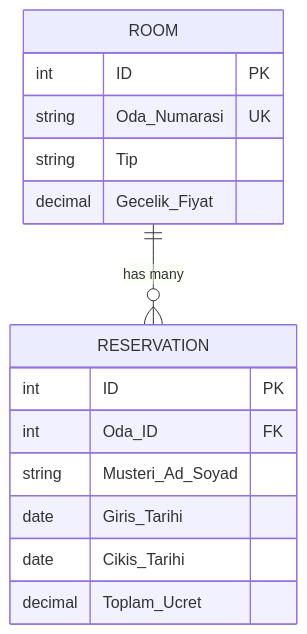
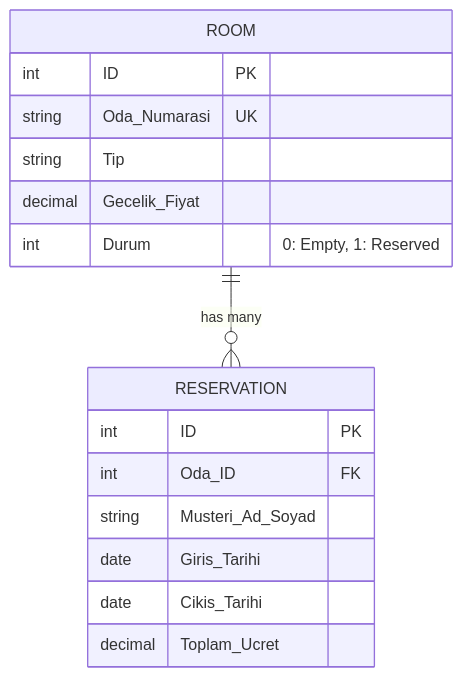
One commit to Fatih-Atess/Hotel_Management_System changed the second of 2 diagrams in README.md. Above: the diagram before and after it, drawn with Mermaid. The commit also changed other lines of this file, not shown here.

````diff
--- a/README.md
+++ b/README.md
@@ -73,18 +83,19 @@
 ```mermaid
 erDiagram
     ROOM {
         int ID PK
         string Oda_Numarasi UK
         string Tip
         decimal Gecelik_Fiyat
+        int Durum "0: Empty, 1: Reserved"
     }
     RESERVATION {
         int ID PK
         int Oda_ID FK
         string Musteri_Ad_Soyad
         date Giris_Tarihi
         date Cikis_Tarihi
         decimal Toplam_Ucret
     }
     ROOM ||--o{ RESERVATION : "has many"
 ```
````
